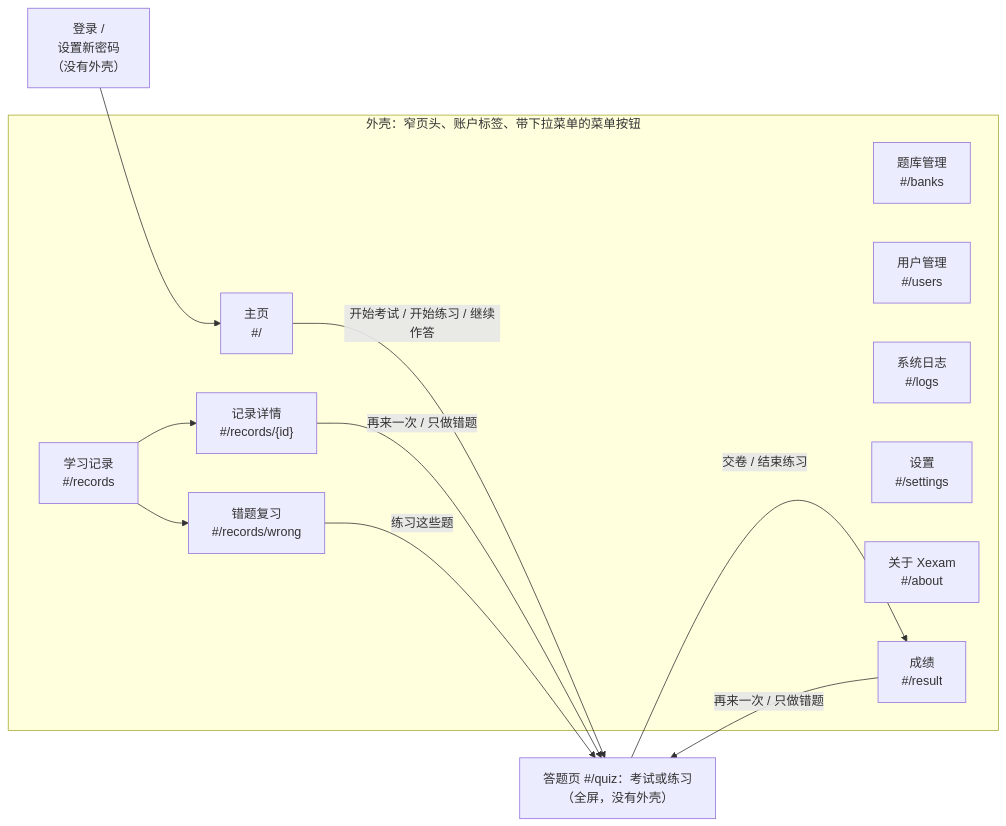
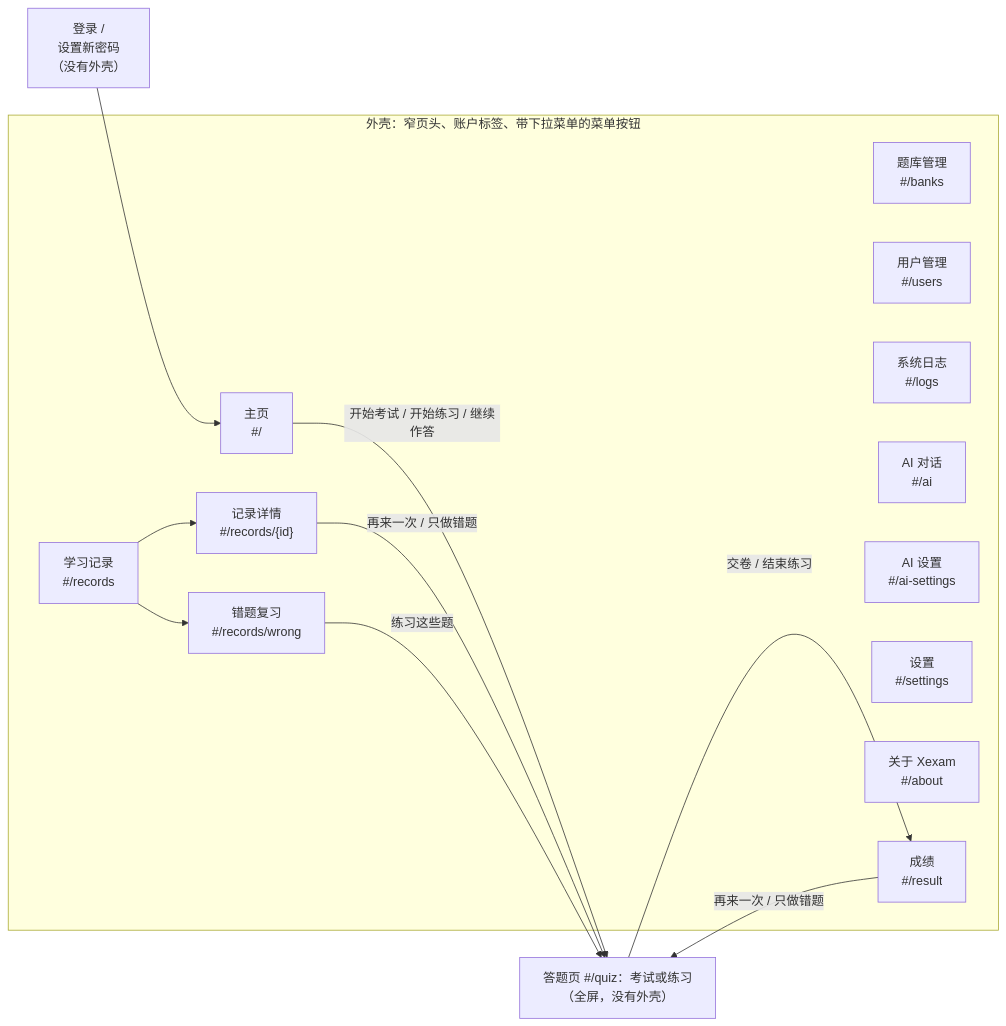
One commit to Yumin-Space/xexam changed the fourth of 7 diagrams in docs/zh-CN/architecture.md. Above: the diagram before and after it, drawn with Mermaid. The commit also changed other lines of this file and 233 other files, not shown here.

````diff
--- a/docs/zh-CN/architecture.md
+++ b/docs/zh-CN/architecture.md
@@ -196,24 +314,26 @@
 ```mermaid
 flowchart LR
     SI["登录 /<br/>设置新密码<br/>（没有外壳）"] --> H
     subgraph shell["外壳：窄页头、账户标签、带下拉菜单的菜单按钮"]
         H["主页<br/>#/"]
         B["题库管理<br/>#/banks"]
         R["学习记录<br/>#/records"]
         US["用户管理<br/>#/users"]
         LG["系统日志<br/>#/logs"]
+        AI["AI 对话<br/>#/ai"]
+        AIS["AI 设置<br/>#/ai-settings"]
         S["设置<br/>#/settings"]
         AB["关于 Xexam<br/>#/about"]
         D["记录详情<br/>#/records/{id}"]
         W["错题复习<br/>#/records/wrong"]
         RS["成绩<br/>#/result"]
     end
     Q["答题页 #/quiz：考试或练习<br/>（全屏，没有外壳）"]
     R --> D
     R --> W
     H -->|"开始考试 / 开始练习 / 继续作答"| Q
     Q -->|"交卷 / 结束练习"| RS
     RS -->|"再来一次 / 只做错题"| Q
     D -->|"再来一次 / 只做错题"| Q
     W -->|"练习这些题"| Q
 ```
````
